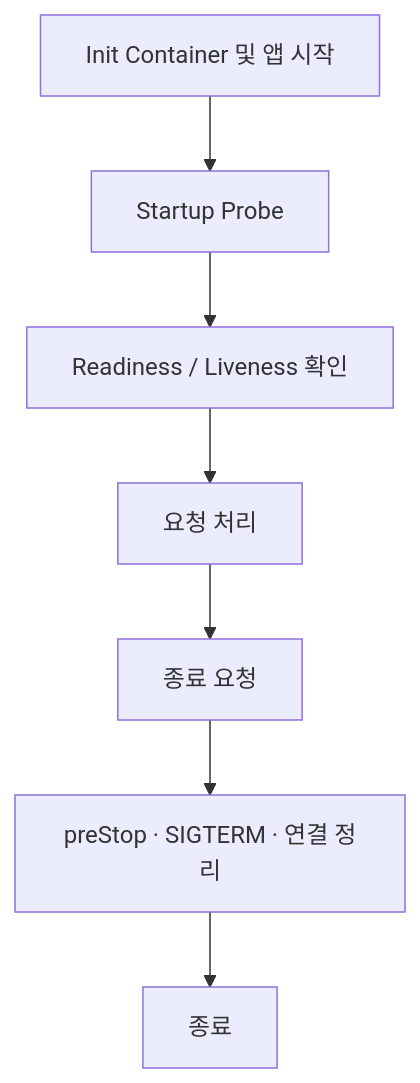
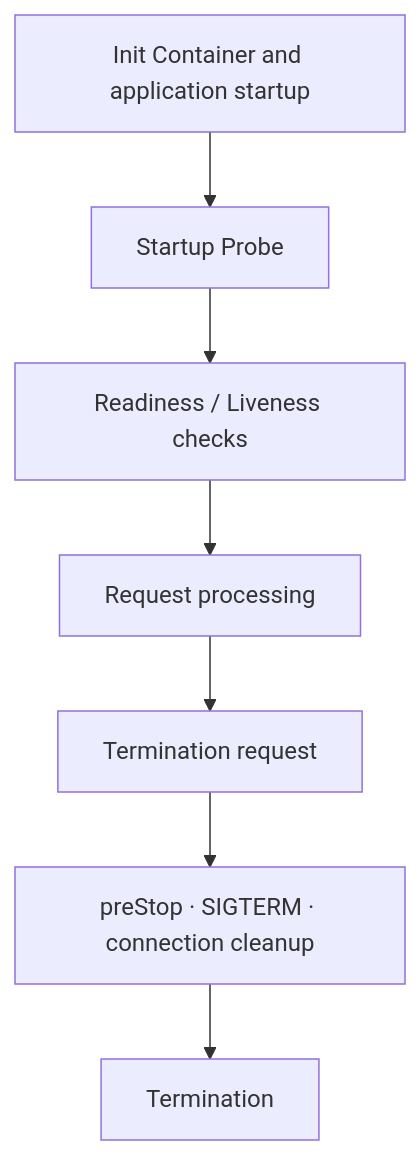
Before and after one commit to devfloor9/engineering-playbook: the diagram in docs/eks-best-practices/operations-reliability/eks-pod-health-lifecycle.md, drawn with Mermaid. The commit also changed other lines of this file and 954 other files, not shown here.

````diff
--- a/docs/eks-best-practices/operations-reliability/eks-pod-health-lifecycle.md
+++ b/docs/eks-best-practices/operations-reliability/eks-pod-health-lifecycle.md
@@ -54,9 +61,9 @@
 ```mermaid
 flowchart TD
-    A[Init Container 및 앱 시작] --> B[Startup Probe]
-    B --> C[Readiness / Liveness 확인]
-    C --> D[요청 처리]
-    D --> E[종료 요청]
-    E --> F[preStop · SIGTERM · 연결 정리]
-    F --> G[종료]
+    A[Init Container and application startup] --> B[Startup Probe]
+    B --> C[Readiness / Liveness checks]
+    C --> D[Request processing]
+    D --> E[Termination request]
+    E --> F[preStop · SIGTERM · connection cleanup]
+    F --> G[Termination]
 ```
````
